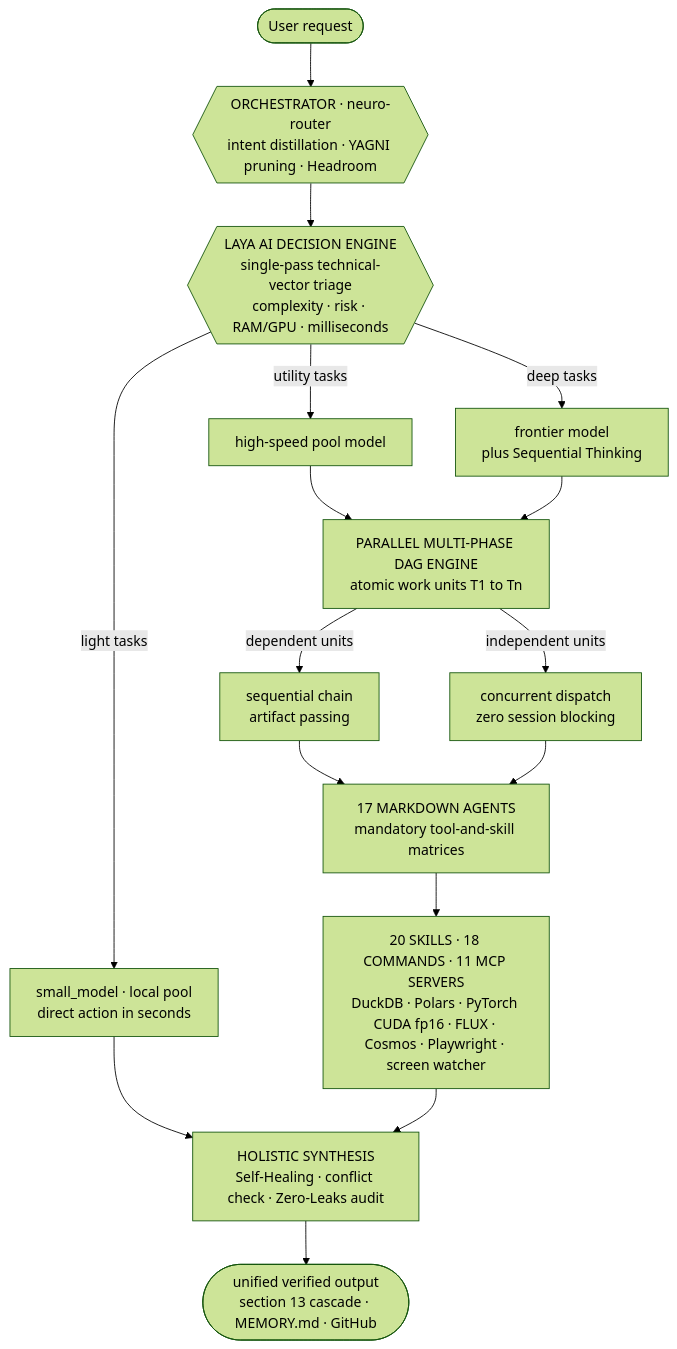
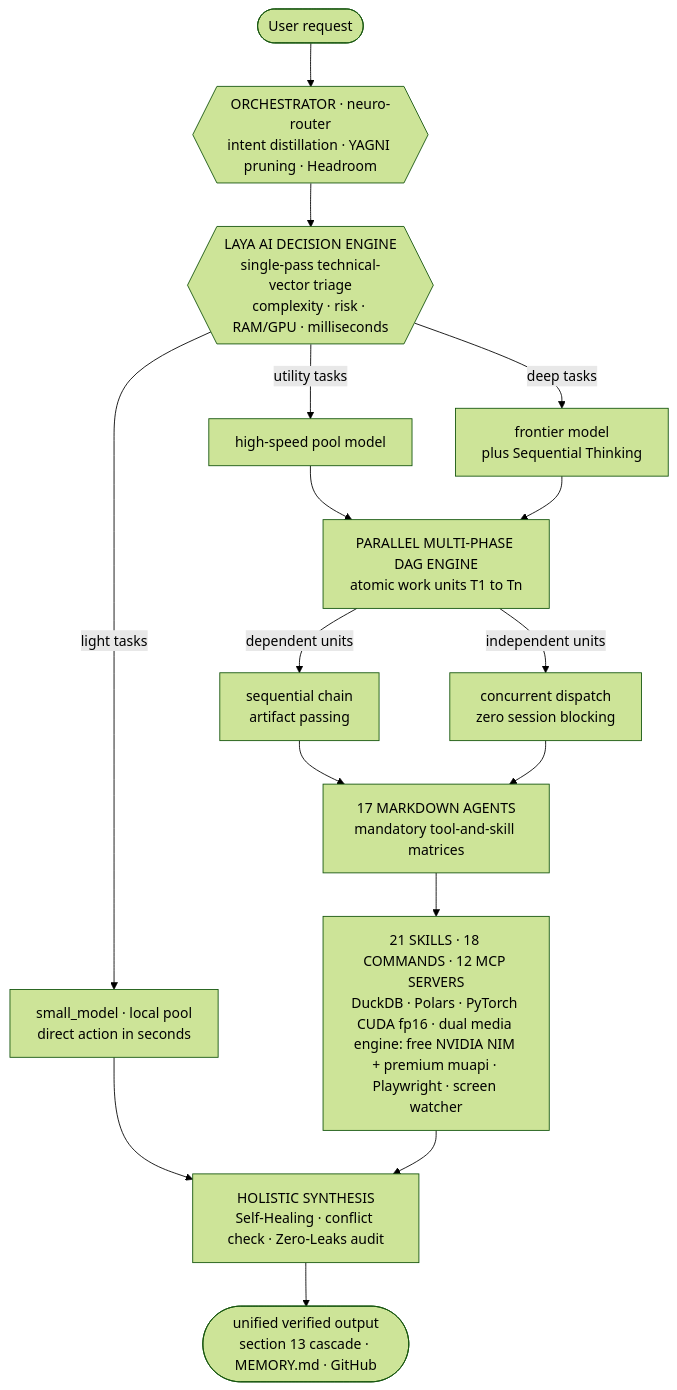
The diagram in README.md (AFelipeRD/AI_Nexus_Core), drawn with Mermaid (forest theme) before and after one commit. The commit also changed other lines of this file and 249 other files, not shown here.

First line of the commit message:
feat(medios): catálogo vivo, cuadrilla de diseño y muapi premium

````diff
--- a/README.md
+++ b/README.md
@@ -81,18 +81,18 @@
 ```mermaid
 flowchart TB
     U(["User request"]) --> ORC{{"ORCHESTRATOR · neuro-router<br/>intent distillation · YAGNI pruning · Headroom"}}
     ORC --> LAYA{{"LAYA AI DECISION ENGINE<br/>single-pass technical-vector triage<br/>complexity · risk · RAM/GPU · milliseconds"}}
     LAYA -->|"light tasks"| T0["small_model · local pool<br/>direct action in seconds"]
     LAYA -->|"utility tasks"| T1["high-speed pool model"]
     LAYA -->|"deep tasks"| T2["frontier model<br/>plus Sequential Thinking"]
     T1 --> DAG["PARALLEL MULTI-PHASE DAG ENGINE<br/>atomic work units T1 to Tn"]
     T2 --> DAG
     T0 --> SYN
     DAG -->|"dependent units"| SEQ["sequential chain<br/>artifact passing"]
     DAG -->|"independent units"| PAR["concurrent dispatch<br/>zero session blocking"]
     SEQ --> SQUAD["17 MARKDOWN AGENTS<br/>mandatory tool-and-skill matrices"]
     PAR --> SQUAD
-    SQUAD --> RES["20 SKILLS · 18 COMMANDS · 11 MCP SERVERS<br/>DuckDB · Polars · PyTorch CUDA fp16 · FLUX · Cosmos · Playwright · screen watcher"]
+    SQUAD --> RES["21 SKILLS · 18 COMMANDS · 12 MCP SERVERS<br/>DuckDB · Polars · PyTorch CUDA fp16 · dual media engine: free NVIDIA NIM + premium muapi · Playwright · screen watcher"]
     RES --> SYN["HOLISTIC SYNTHESIS<br/>Self-Healing · conflict check · Zero-Leaks audit"]
     SYN --> OUT(["unified verified output<br/>section 13 cascade · MEMORY.md · GitHub"])
 ```
````
